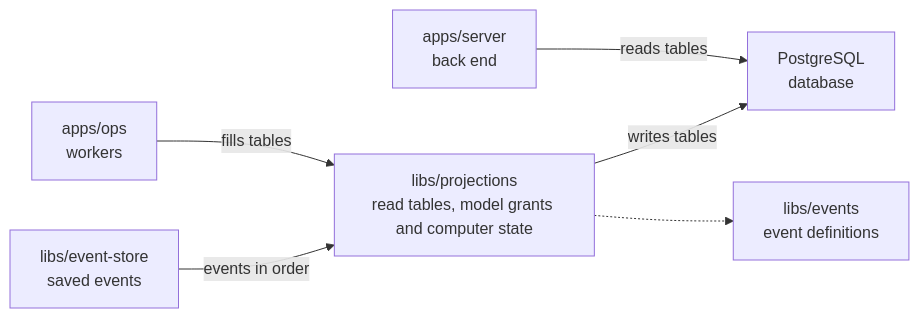
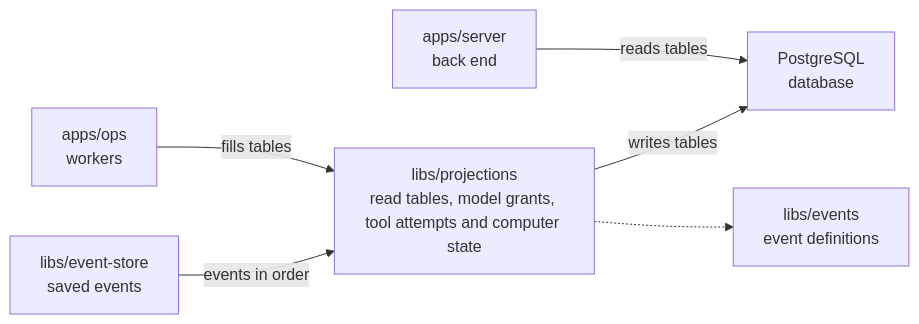
One commit to elewa-git/opencrane-new changed the diagram in libs/projections/README.md. Above: the diagram before and after it, drawn with Mermaid. The commit also changed other lines of this file and 10 other files, not shown here.

````diff
--- a/libs/projections/README.md
+++ b/libs/projections/README.md
@@ -23,8 +23,8 @@
 ```mermaid
 flowchart LR
-  ops["apps/ops<br/>workers"] -->|fills tables| projections["libs/projections<br/>read tables, model grants and computer state"]
+  ops["apps/ops<br/>workers"] -->|fills tables| projections["libs/projections<br/>read tables, model grants, tool attempts and computer state"]
   server["apps/server<br/>back end"] -->|reads tables| pg["PostgreSQL<br/>database"]
   projections -->|writes tables| pg
   store["libs/event-store<br/>saved events"] -->|events in order| projections
   projections -.-> events["libs/events<br/>event definitions"]
 ```
````
